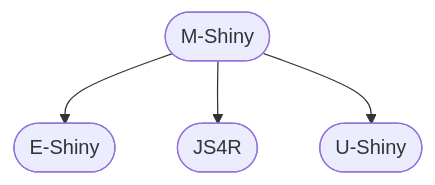
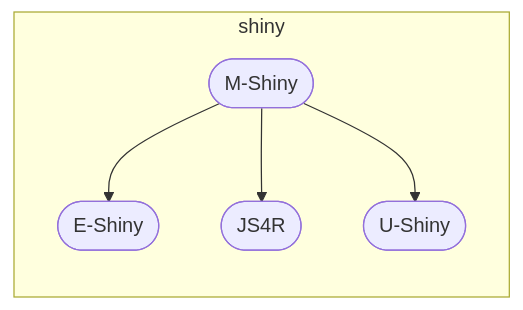
One commit to parmsam/r-learning-paths changed the second of 4 diagrams in README.md. Above: the diagram before and after it, drawn with Mermaid. The commit also changed other lines of this file, not shown here.

````diff
--- a/README.md
+++ b/README.md
@@ -35,14 +46,16 @@
 ```mermaid
-graph TD
+graph LR
     B1([M-Shiny])
     B2([E-Shiny])
     B3([JS4R])
     B4([U-Shiny])
     click B1 "https://mastering-shiny.org/"
     click B2 "https://engineering-shiny.org/"
     click B3 "https://book.javascript-for-r.com/"
     click B4 "https://unleash-shiny.rinterface.com/welcome.html"
+    subgraph shiny
     B1 --> B2
     B1 --> B3
     B1 --> B4
+    end
 ```
````
